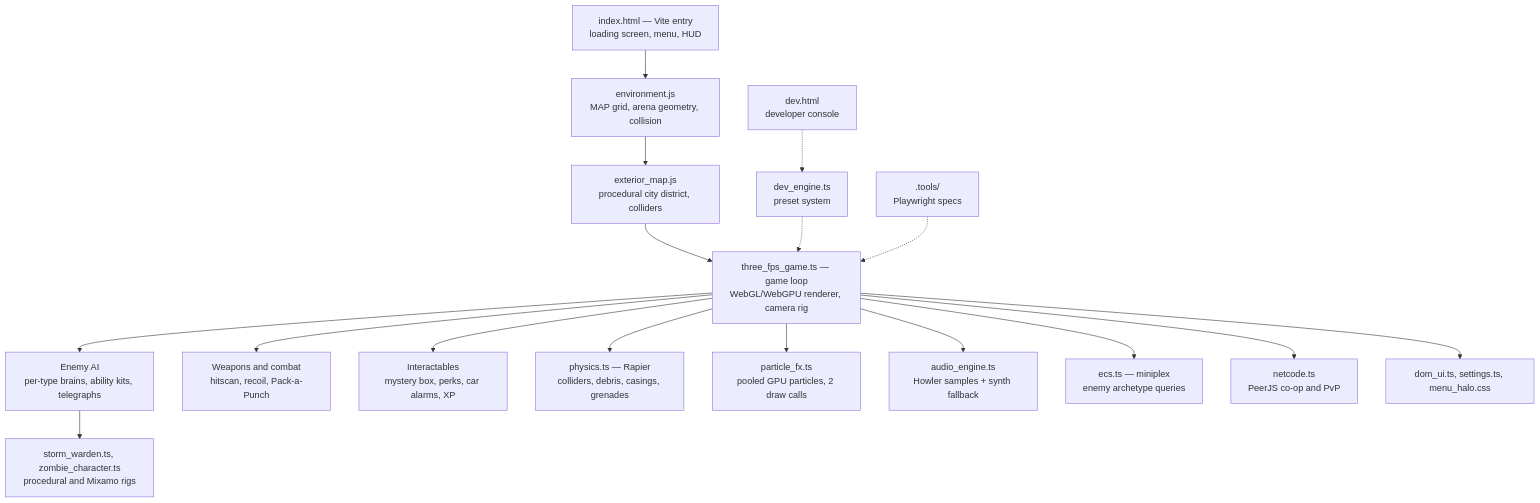
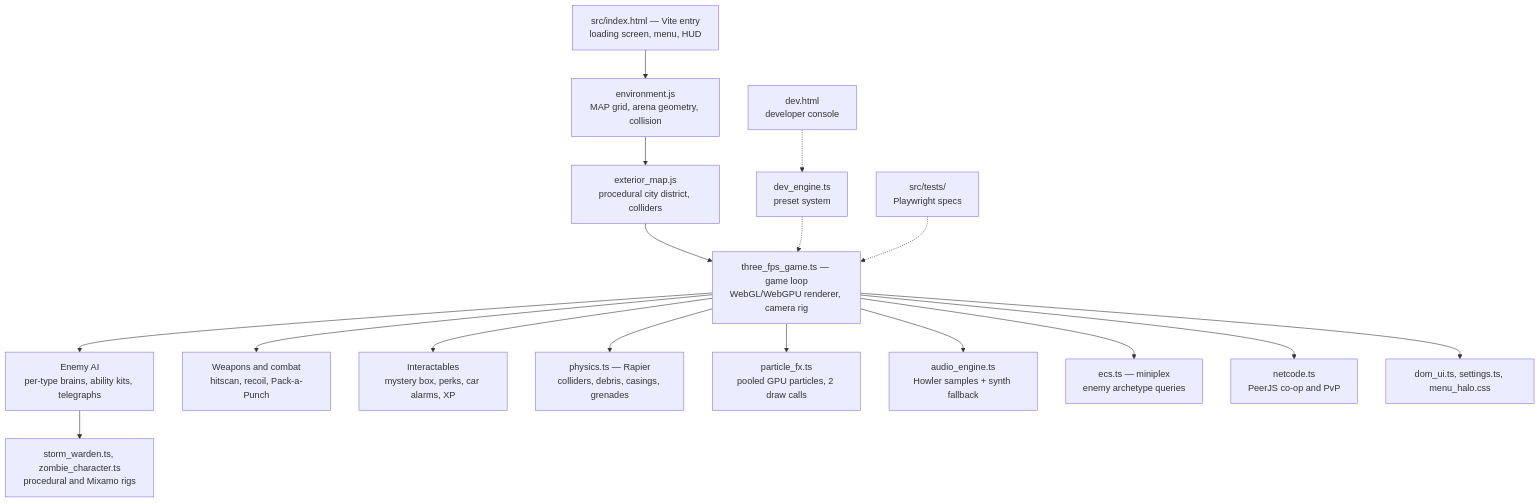
Before and after one commit to Lagilava/unknw-fps: the diagram in README.md, drawn with Mermaid. The commit also changed other lines of this file and 247 other files, not shown here.

````diff
--- a/README.md
+++ b/README.md
@@ -100,37 +100,37 @@
 ```mermaid
 flowchart TB
-    HTML["index.html — Vite entry<br/>loading screen, menu, HUD"]
+    HTML["src/index.html — Vite entry<br/>loading screen, menu, HUD"]
     ENV["environment.js<br/>MAP grid, arena geometry, collision"]
     EXT["exterior_map.js<br/>procedural city district, colliders"]
     LOOP["three_fps_game.ts — game loop<br/>WebGL/WebGPU renderer, camera rig"]
     AI["Enemy AI<br/>per-type brains, ability kits, telegraphs"]
     WPN["Weapons and combat<br/>hitscan, recoil, Pack-a-Punch"]
     ECON["Interactables<br/>mystery box, perks, car alarms, XP"]
     PHYS["physics.ts — Rapier<br/>colliders, debris, casings, grenades"]
     FX["particle_fx.ts<br/>pooled GPU particles, 2 draw calls"]
     AUD["audio_engine.ts<br/>Howler samples + synth fallback"]
     ECS["ecs.ts — miniplex<br/>enemy archetype queries"]
     RIG["storm_warden.ts, zombie_character.ts<br/>procedural and Mixamo rigs"]
     NET["netcode.ts<br/>PeerJS co-op and PvP"]
     UI["dom_ui.ts, settings.ts, menu_halo.css"]
     DEVE["dev_engine.ts<br/>preset system"]
     DEVC["dev.html<br/>developer console"]
-    TESTS[".tools/<br/>Playwright specs"]
+    TESTS["src/tests/<br/>Playwright specs"]
 
     HTML --> ENV
     ENV --> EXT
     EXT --> LOOP
     LOOP --> AI
     LOOP --> WPN
     LOOP --> ECON
     LOOP --> PHYS
     LOOP --> FX
     LOOP --> AUD
     LOOP --> ECS
     LOOP --> NET
     LOOP --> UI
     AI --> RIG
     DEVC -.-> DEVE
     DEVE -.-> LOOP
     TESTS -.-> LOOP
 ```
````
